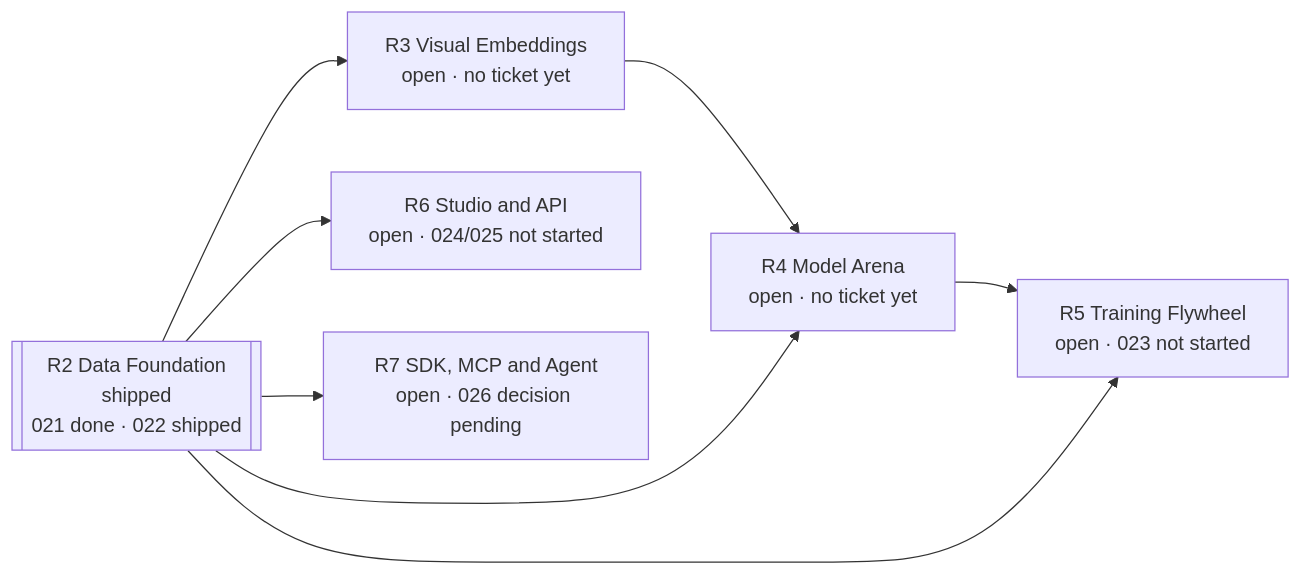
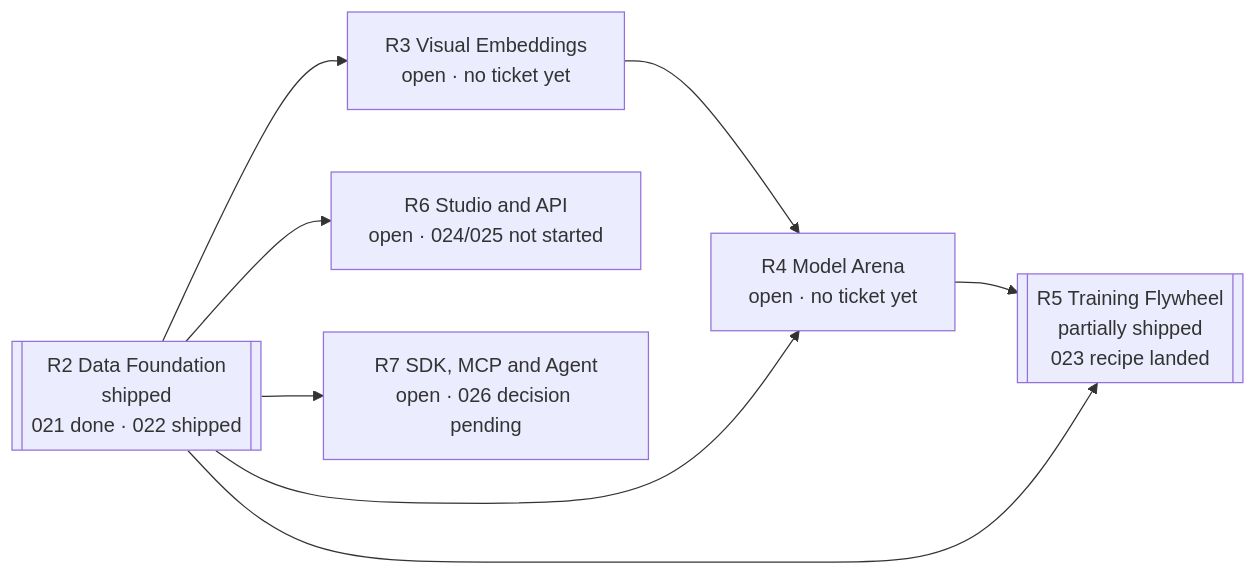
The second of 2 diagrams in ROADMAP.md (erikunha/VisionLens), drawn with Mermaid before and after one commit. The commit also changed other lines of this file and 1 other file, not shown here.

First line of the commit message:
docs(vision): the recipe of a training run is recorded

````diff
--- a/ROADMAP.md
+++ b/ROADMAP.md
@@ -178,10 +178,10 @@
 ```mermaid
 flowchart LR
   R2[["R2 Data Foundation<br/>shipped<br/>021 done · 022 shipped"]] --> R3["R3 Visual Embeddings<br/>open · no ticket yet"]
   R3 --> R4["R4 Model Arena<br/>open · no ticket yet"]
-  R4 --> R5["R5 Training Flywheel<br/>open · 023 not started"]
+  R4 --> R5[["R5 Training Flywheel<br/>partially shipped<br/>023 recipe landed"]]
   R2 --> R4
   R2 --> R5
   R2 --> R6["R6 Studio and API<br/>open · 024/025 not started"]
   R2 --> R7["R7 SDK, MCP and Agent<br/>open · 026 decision pending"]
 ```
````
